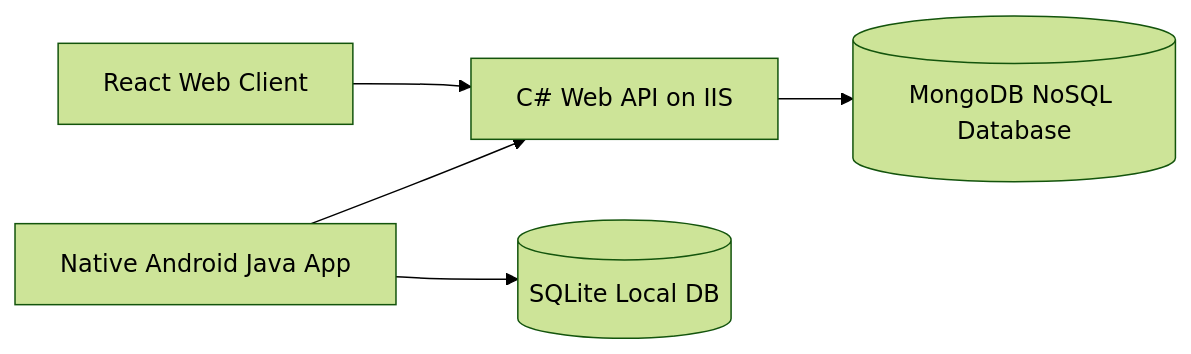
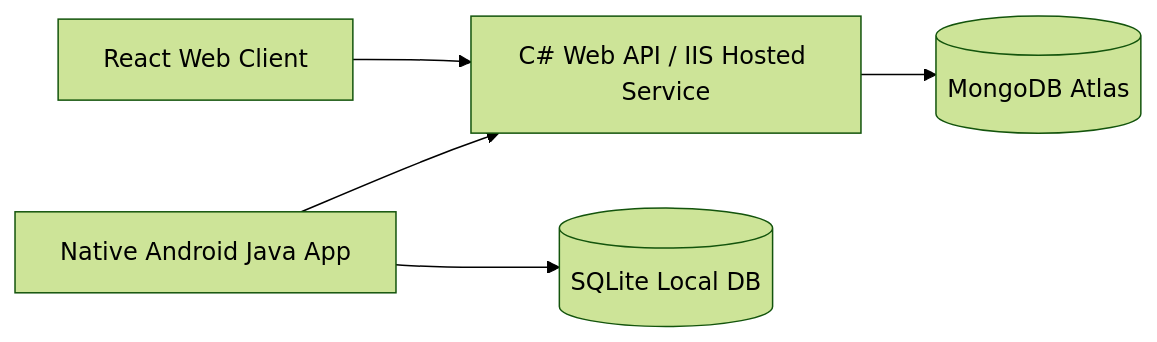
The first of 3 diagrams in docs/REPORT_TEMPLATE.md (dilakshanp/EAD-Assignement-01), drawn with Mermaid (forest theme) before and after one commit. The commit also changed other lines of this file and 5 other files, not shown here.

````diff
--- a/docs/REPORT_TEMPLATE.md
+++ b/docs/REPORT_TEMPLATE.md
@@ -13,7 +13,7 @@
 ```mermaid
 flowchart LR
-    Web[React Web Client] --> API[C# Web API on IIS]
+    Web[React Web Client] --> API[C# Web API / IIS Hosted Service]
     Android[Native Android Java App] --> API
     Android --> SQLite[(SQLite Local DB)]
-    API --> Mongo[(MongoDB NoSQL Database)]
+    API --> Mongo[(MongoDB Atlas)]
 ```
````
